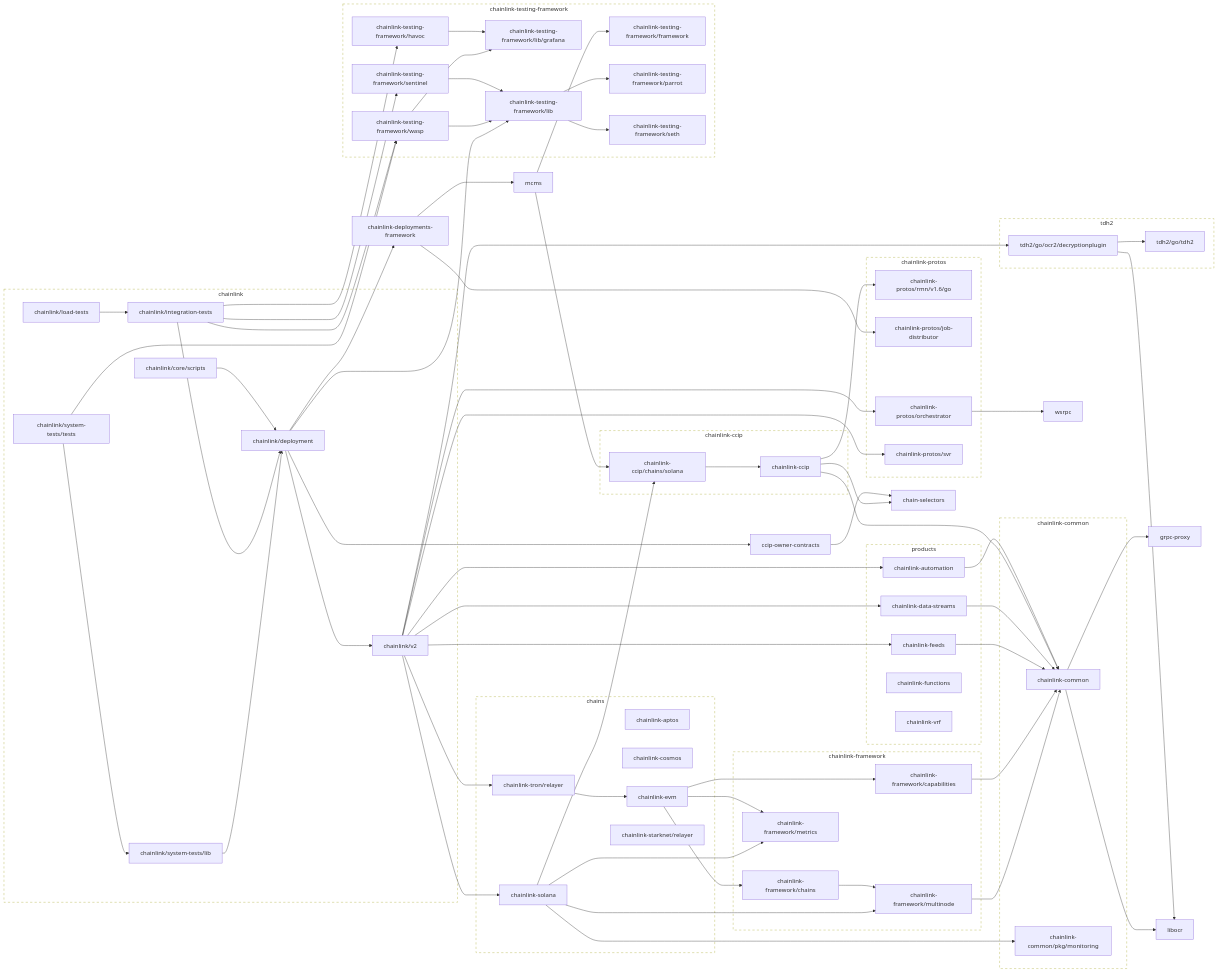
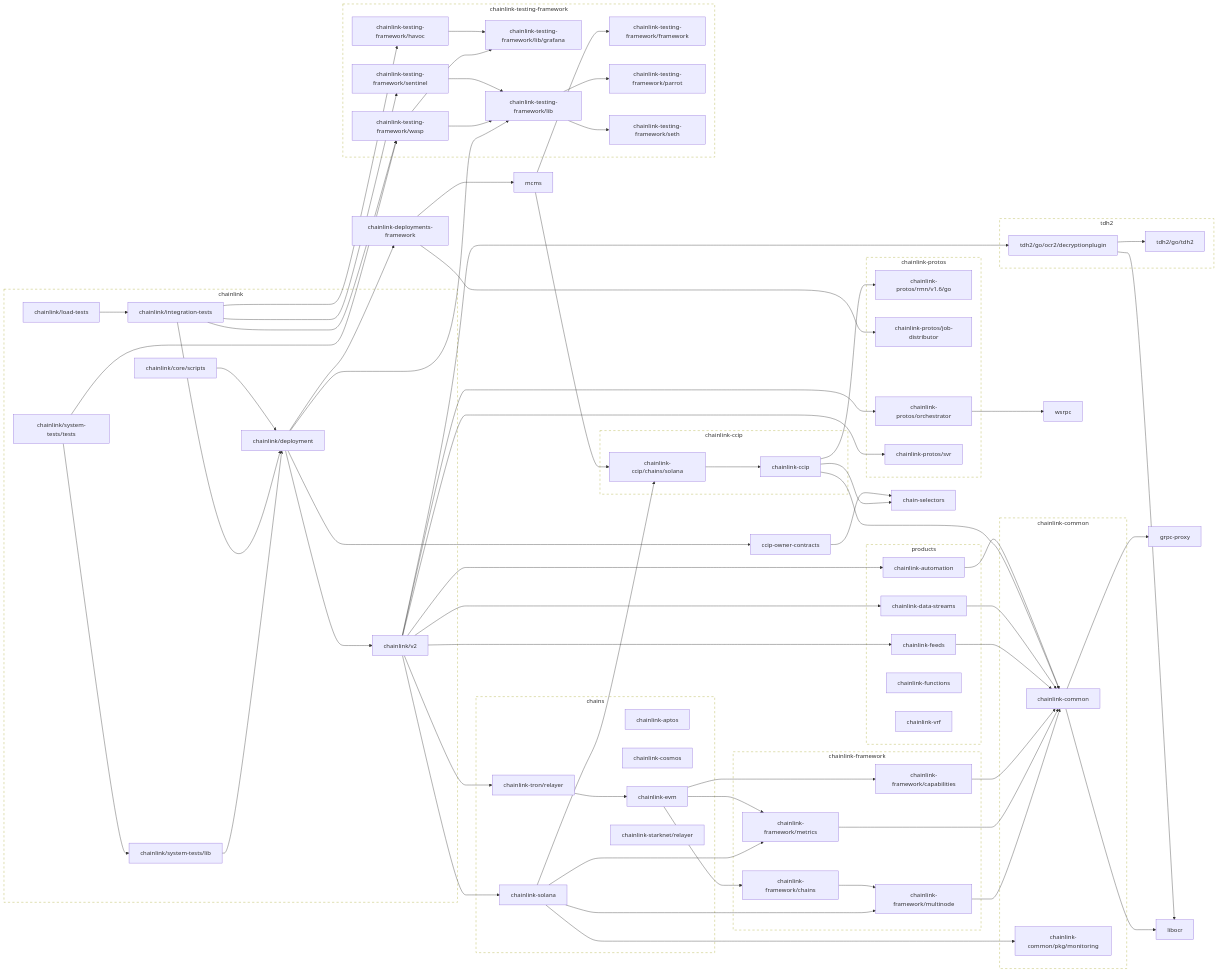
One commit to smartcontractkit/chainlink changed the second of 2 diagrams in go.md. Above: the diagram before and after it, drawn with Mermaid. The commit also changed other lines of this file and 2 other files, not shown here.

Commit message:
Update metrics

```diff
--- a/go.md
+++ b/go.md
@@ -178,7 +178,7 @@
 	click chainlink-framework/capabilities href "https://github.com/smartcontractkit/chainlink-framework"
 	chainlink-framework/chains --> chainlink-framework/multinode
 	click chainlink-framework/chains href "https://github.com/smartcontractkit/chainlink-framework"
-	chainlink-framework/metrics
+	chainlink-framework/metrics --> chainlink-common
 	click chainlink-framework/metrics href "https://github.com/smartcontractkit/chainlink-framework"
 	chainlink-framework/multinode --> chainlink-common
 	click chainlink-framework/multinode href "https://github.com/smartcontractkit/chainlink-framework"
```
